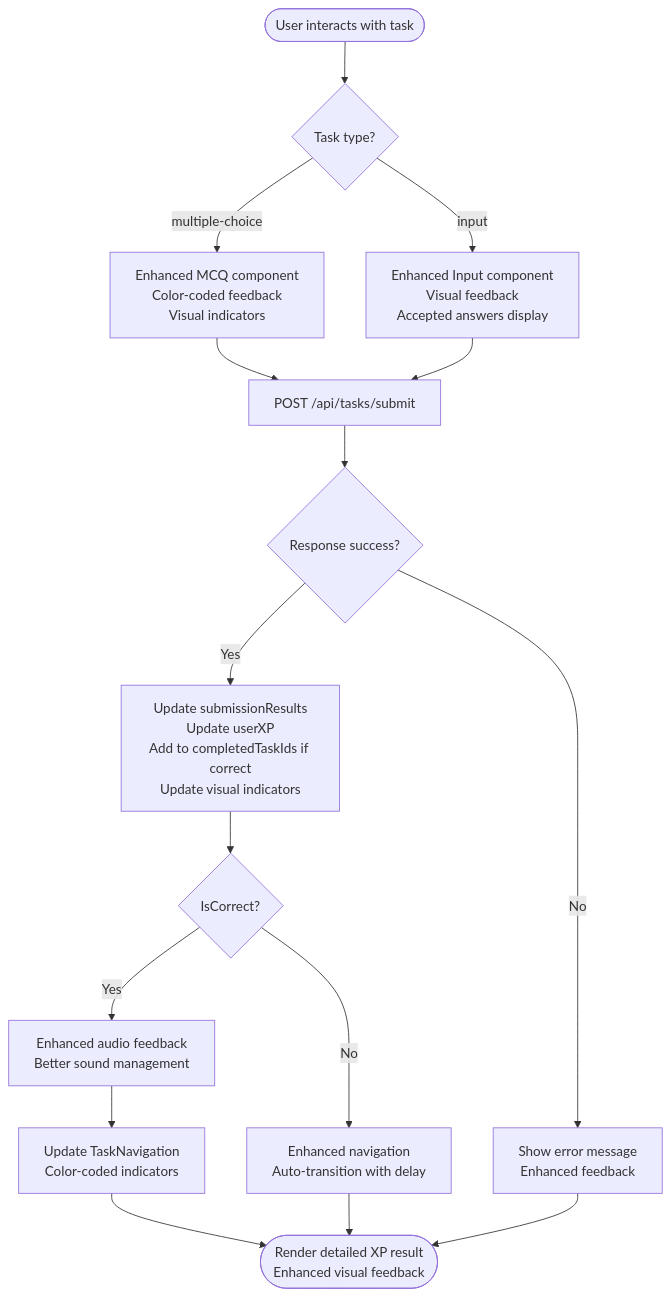
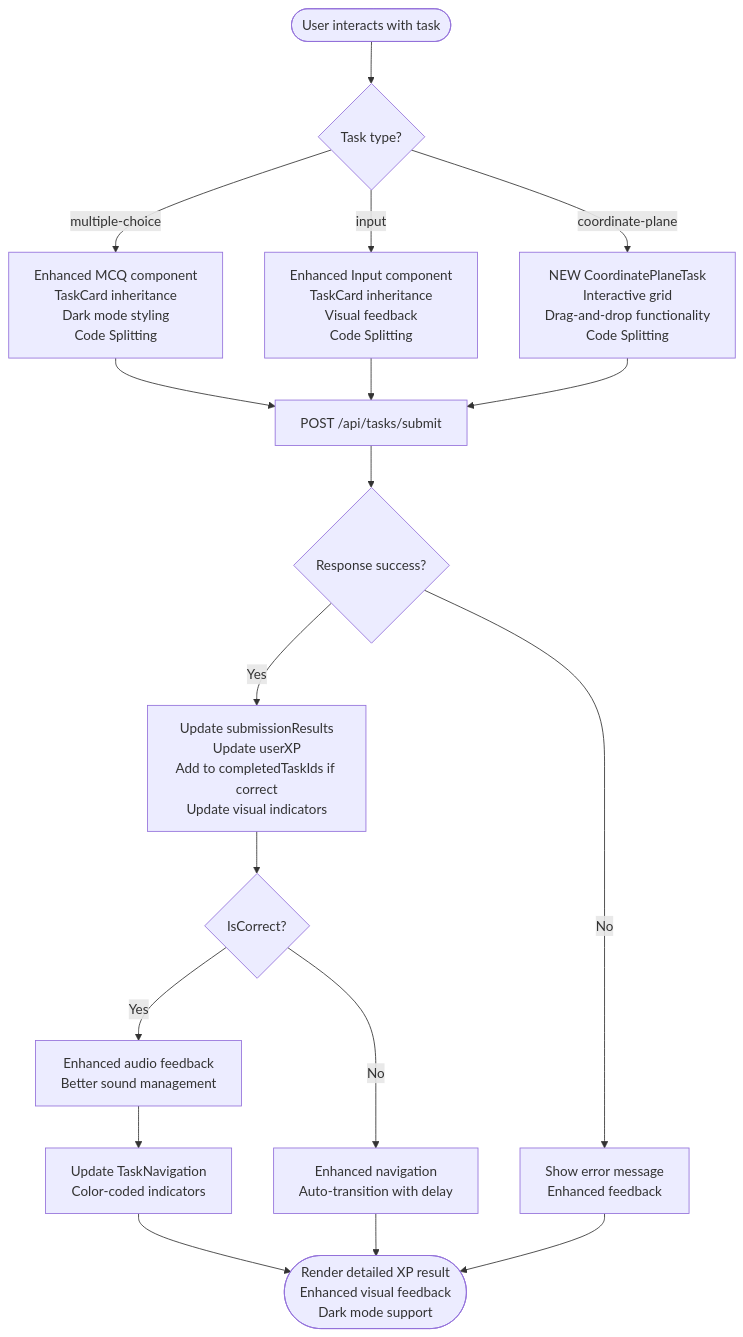
Before and after one commit to AlexKutz/math-app-next-js: the third of 5 diagrams in .qoder/repowiki/en/content/Core Features/Learning Interface/Task System Architecture.md, drawn with Mermaid. The commit also changed other lines of this file and 125 other files, not shown here.

````diff
--- a/.qoder/repowiki/en/content/Core Features/Learning Interface/Task System Architecture.md
+++ b/.qoder/repowiki/en/content/Core Features/Learning Interface/Task System Architecture.md
@@ -231,18 +410,20 @@
 ```mermaid
 flowchart TD
 Start(["User interacts with task"]) --> CheckType{"Task type?"}
-CheckType --> |multiple-choice| MCQPath["Enhanced MCQ component<br/>Color-coded feedback<br/>Visual indicators"]
-CheckType --> |input| InputPath["Enhanced Input component<br/>Visual feedback<br/>Accepted answers display"]
+CheckType --> |multiple-choice| MCQPath["Enhanced MCQ component<br/>TaskCard inheritance<br/>Dark mode styling<br/>Code Splitting"]
+CheckType --> |input| InputPath["Enhanced Input component<br/>TaskCard inheritance<br/>Visual feedback<br/>Code Splitting"]
+CheckType --> |coordinate-plane| CoordPath["NEW CoordinatePlaneTask<br/>Interactive grid<br/>Drag-and-drop functionality<br/>Code Splitting"]
 MCQPath --> Submit["POST /api/tasks/submit"]
 InputPath --> Submit
+CoordPath --> Submit
 Submit --> Resp{"Response success?"}
 Resp --> |No| ShowError["Show error message<br/>Enhanced feedback"]
 Resp --> |Yes| UpdateState["Update submissionResults<br/>Update userXP<br/>Add to completedTaskIds if correct<br/>Update visual indicators"]
 UpdateState --> PlaySound{"IsCorrect?"}
 PlaySound --> |Yes| Sound["Enhanced audio feedback<br/>Better sound management"]
 PlaySound --> |No| NextTask["Enhanced navigation<br/>Auto-transition with delay"]
 Sound --> UpdateNav["Update TaskNavigation<br/>Color-coded indicators"]
-UpdateNav --> Done(["Render detailed XP result<br/>Enhanced visual feedback"])
+UpdateNav --> Done(["Render detailed XP result<br/>Enhanced visual feedback<br/>Dark mode support"])
 NextTask --> Done
 ShowError --> Done
 ```
````
